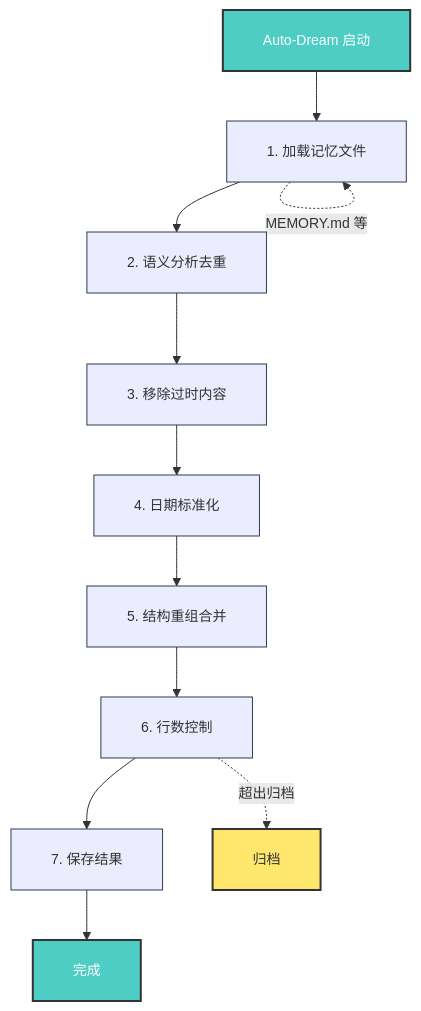
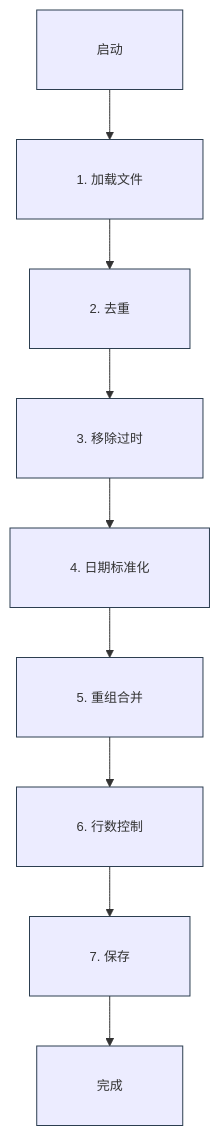
One commit to yufengyuanx/blog changed the third of 11 diagrams in docs/research/claude-code-auto-dream.md. Above: the diagram before and after it, drawn with Mermaid. The commit also changed other lines of this file, not shown here.

Commit message:
fix: 最终优化 Mermaid 图表（13px 字体 + 10px 边距 + 30px padding + 精简文字）

````diff
--- a/docs/research/claude-code-auto-dream.md
+++ b/docs/research/claude-code-auto-dream.md
@@ -118,19 +118,12 @@
 ```mermaid
-%%{init: {'theme': 'default', 'themeVariables': { 'fontSize': '14px', 'nodeBorder': '#2c3e50', 'clusterBkg': '#f8f9fa', 'nodeTextMargin': 4 }, 'flowchart': { 'curve': 'basis', 'padding': 20 }}}%%
+%%{init: {'theme': 'default', 'themeVariables': { 'fontSize': '13px', 'nodeBorder': '#2c3e50', 'clusterBkg': '#f8f9fa', 'nodeTextMargin': 10 }, 'flowchart': { 'curve': 'basis', 'padding': 30 }}}%%
 graph TD
-    Start[Auto-Dream 启动] --> Step1[1. 加载记忆文件]
-    Step1 --> Step2[2. 语义分析去重]
-    Step2 --> Step3[3. 移除过时内容]
+    Start[启动] --> Step1[1. 加载文件]
+    Step1 --> Step2[2. 去重]
+    Step2 --> Step3[3. 移除过时]
     Step3 --> Step4[4. 日期标准化]
-    Step4 --> Step5[5. 结构重组合并]
+    Step4 --> Step5[5. 重组合并]
     Step5 --> Step6[6. 行数控制]
-    Step6 --> Step7[7. 保存结果]
+    Step6 --> Step7[7. 保存]
     Step7 --> End[完成]
-    
-    Step1 -.->|MEMORY.md 等 | Step1
-    Step6 -.->|超出归档 | Archive[归档]
-    
-    style Start fill:#4ecdc4,color:#fff,stroke:#333,stroke-width:2px
-    style End fill:#4ecdc4,color:#fff,stroke:#333,stroke-width:2px
-    style Archive fill:#ffe66d,stroke:#333,stroke-width:2px
 ```
````
